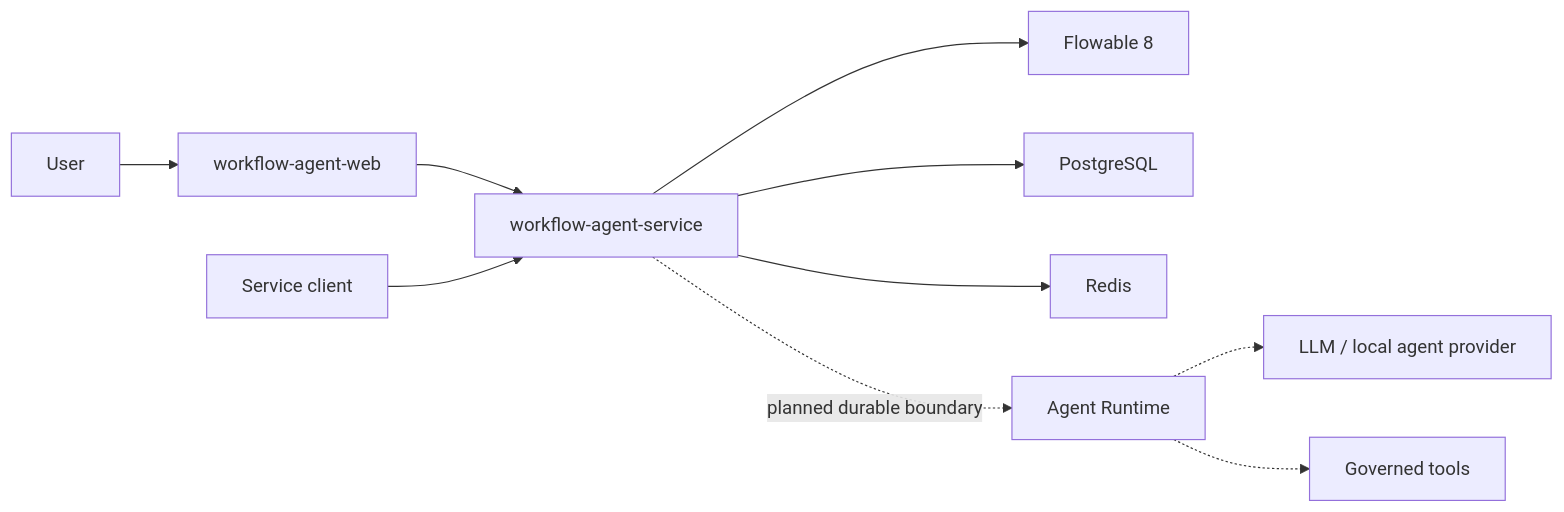
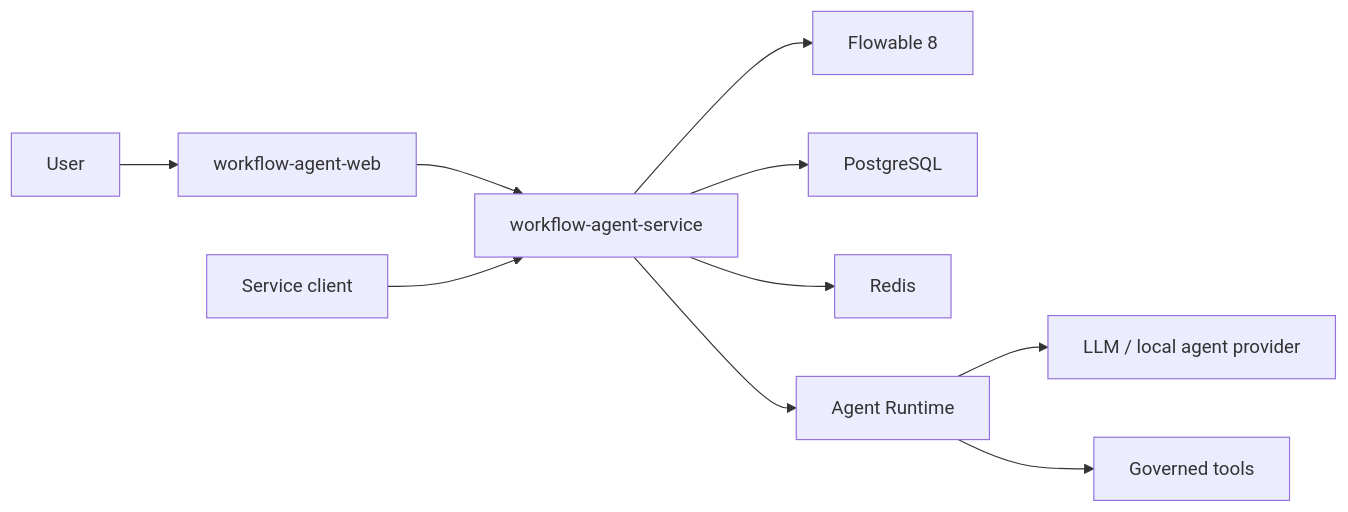
The diagram in README.md (illuseahashmap/workflow-agent), drawn with Mermaid before and after one commit. The commit also changed other lines of this file and 13 other files, not shown here.

````diff
--- a/README.md
+++ b/README.md
@@ -56,12 +75,12 @@
 ```mermaid
 flowchart LR
     User["User"] --> Web["workflow-agent-web"]
     Web --> Service["workflow-agent-service"]
     Client["Service client"] --> Service
     Service --> Flowable["Flowable 8"]
     Service --> PostgreSQL["PostgreSQL"]
     Service --> Redis["Redis"]
-    Service -. "planned durable boundary" .-> Agent["Agent Runtime"]
-    Agent -.-> Provider["LLM / local agent provider"]
-    Agent -.-> Tools["Governed tools"]
+    Service --> Agent["Agent Runtime"]
+    Agent --> Provider["LLM / local agent provider"]
+    Agent --> Tools["Governed tools"]
 ```
````
